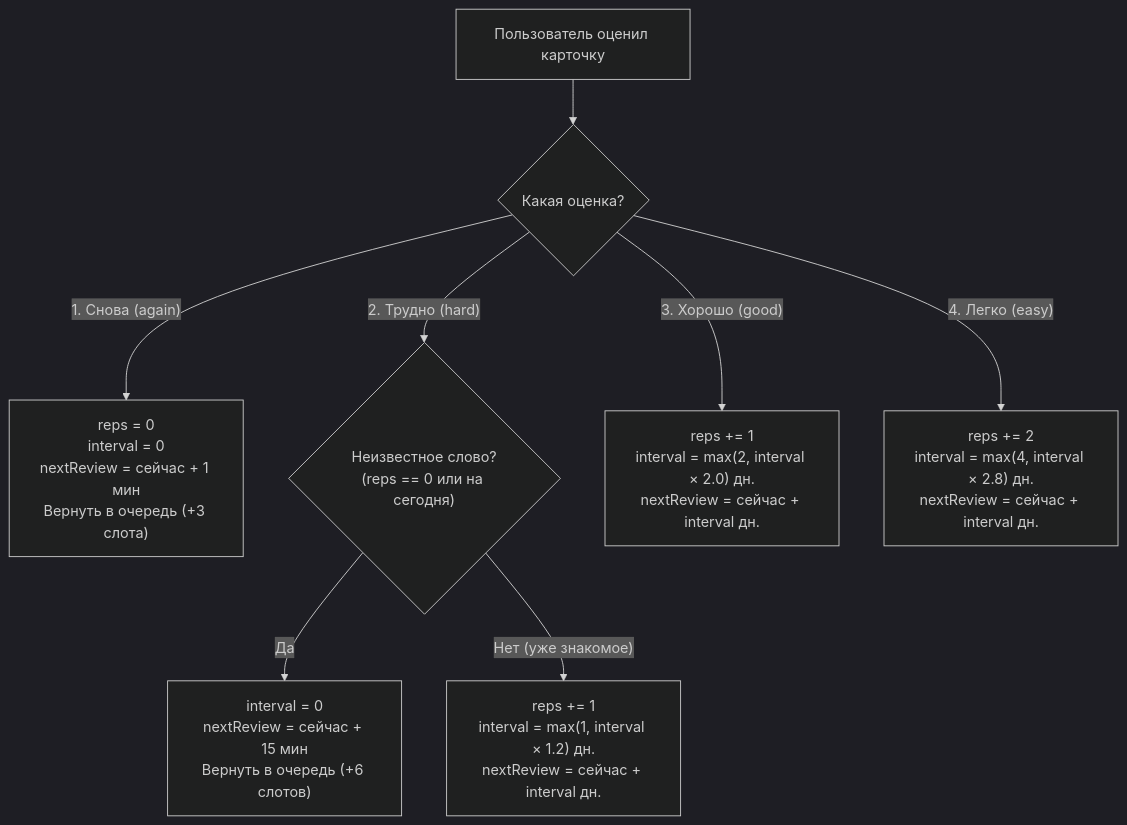
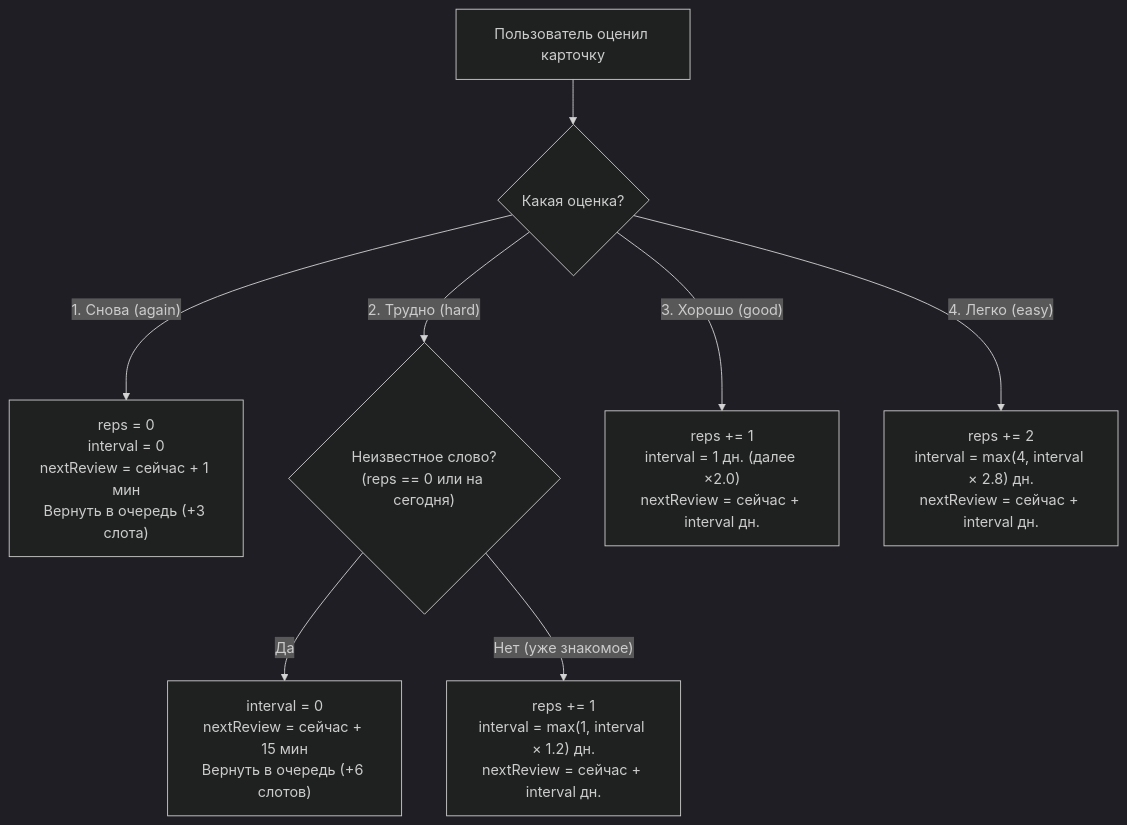
The third of 5 diagrams in ARCHITECTURE.md (an2ancan/anki), drawn with Mermaid (dark theme) before and after one commit. The commit also changed other lines of this file and 3 other files, not shown here.

````diff
--- a/ARCHITECTURE.md
+++ b/ARCHITECTURE.md
@@ -167,14 +169,14 @@
 ```mermaid
 flowchart TD
   Start["Пользователь оценил карточку"] --> Check{"Какая оценка?"}
 
   Check -->|"1. Снова (again)"| Again["reps = 0<br/>interval = 0<br/>nextReview = сейчас + 1 мин<br/>Вернуть в очередь (+3 слота)"]
 
   Check -->|"2. Трудно (hard)"| IsUnk{"Неизвестное слово?<br/>(reps == 0 или на сегодня)"}
   IsUnk -->|"Да"| HardUnk["interval = 0<br/>nextReview = сейчас + 15 мин<br/>Вернуть в очередь (+6 слотов)"]
   IsUnk -->|"Нет (уже знакомое)"| HardKnown["reps += 1<br/>interval = max(1, interval × 1.2) дн.<br/>nextReview = сейчас + interval дн."]
 
-  Check -->|"3. Хорошо (good)"| Good["reps += 1<br/>interval = max(2, interval × 2.0) дн.<br/>nextReview = сейчас + interval дн."]
+  Check -->|"3. Хорошо (good)"| Good["reps += 1<br/>interval = 1 дн. (далее ×2.0)<br/>nextReview = сейчас + interval дн."]
 
   Check -->|"4. Легко (easy)"| Easy["reps += 2<br/>interval = max(4, interval × 2.8) дн.<br/>nextReview = сейчас + interval дн."]
 ```
````
